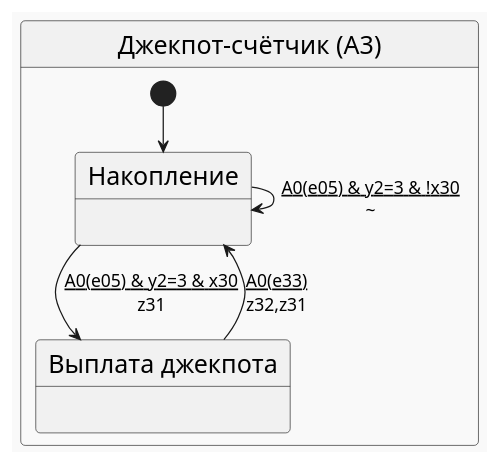
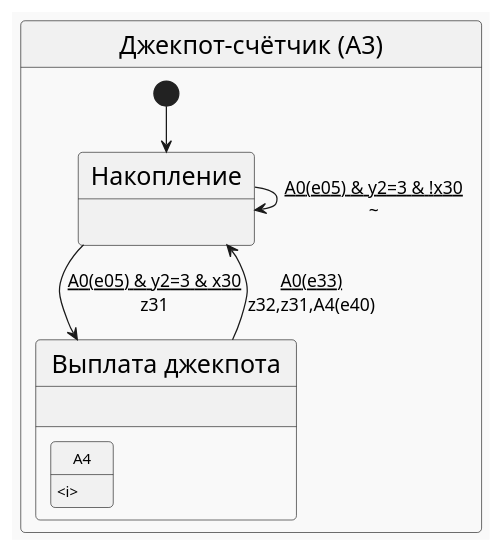
Before and after one commit to PhoenixNazarov/fsm-multiply: the diagram in articles/multiply_many_nested/puml/a3.puml, drawn with PlantUML. The commit also changed 14 other files, not shown here.

```diff
--- a/articles/multiply_many_nested/puml/a3.puml
+++ b/articles/multiply_many_nested/puml/a3.puml
@@ -1,13 +1,16 @@
 @startuml
 !theme mars
 skinparam stateFontSize 20
 skinparam arrowFontSize 14
 state "Джекпот-счётчик (A3)" as A3 {
     [*] --> A30
     state "Накопление" as A30 : 
     state "Выплата джекпота" as A31 : 
+    state "Выплата джекпота" as A31 {
+        state "<size:12>A4" as F1 : <size:12><i>
+    }
     A30 --> A31 : <u>A0(e05) & y2=3 & x30\nz31
     A30 --> A30 : <u>A0(e05) & y2=3 & !x30\n~
-    A31 --> A30 : <u>A0(e33)\nz32,z31
+    A31 --> A30 : <u>A0(e33)\nz32,z31,A4(e40)
 }
 @enduml
```
